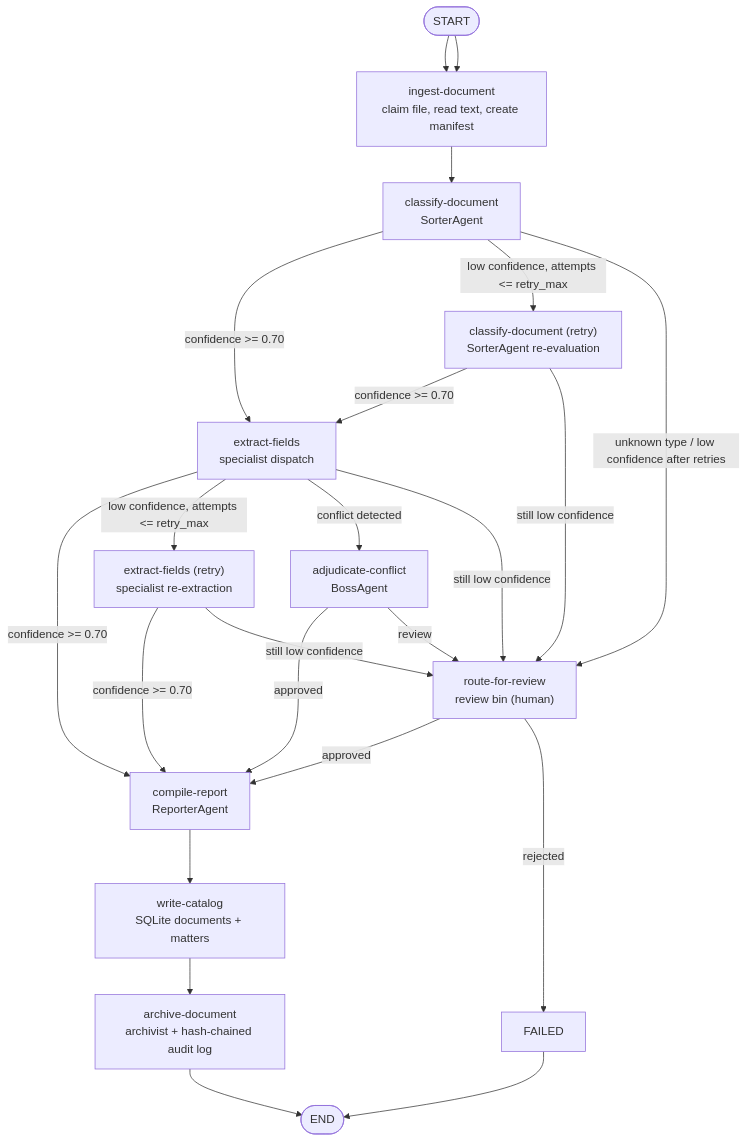
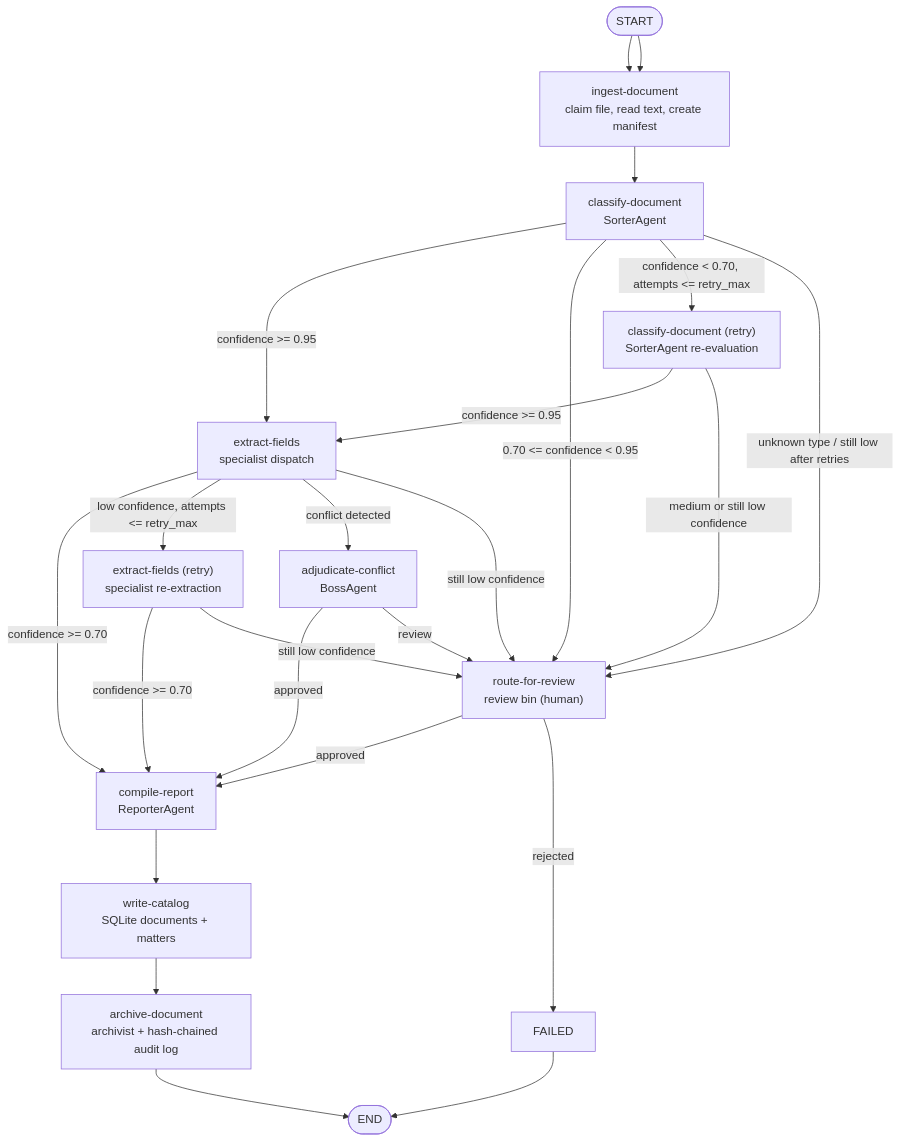
Before and after one commit to Exios66/llm-mailroom: the first of 2 diagrams in README.md, drawn with Mermaid. The commit also changed other lines of this file and 22 other files, not shown here.

First line of the commit message:
Route medium-confidence classifications to review

````diff
--- a/README.md
+++ b/README.md
@@ -53,40 +53,41 @@
 ```mermaid
 flowchart TD
     START([START]) --> INGEST
 
     INGEST["ingest-document<br/>claim file, read text, create manifest"]
     CLASSIFY["classify-document<br/>SorterAgent"]
     RETRY_CLASS["classify-document (retry)<br/>SorterAgent re-evaluation"]
     EXTRACT["extract-fields<br/>specialist dispatch"]
     RETRY_EXTRACT["extract-fields (retry)<br/>specialist re-extraction"]
     BOSS["adjudicate-conflict<br/>BossAgent"]
     REVIEW["route-for-review<br/>review bin (human)"]
     REPORT["compile-report<br/>ReporterAgent"]
     CATALOG["write-catalog<br/>SQLite documents + matters"]
     ARCHIVE["archive-document<br/>archivist + hash-chained audit log"]
     FAILED["FAILED"]
     ENDX([END])
 
     START --> INGEST
     INGEST --> CLASSIFY
 
-    CLASSIFY -- "confidence >= 0.70" --> EXTRACT
-    CLASSIFY -- "low confidence, attempts <= retry_max" --> RETRY_CLASS
-    CLASSIFY -- "unknown type / low confidence after retries" --> REVIEW
-    RETRY_CLASS -- "confidence >= 0.70" --> EXTRACT
-    RETRY_CLASS -- "still low confidence" --> REVIEW
+    CLASSIFY -- "confidence >= 0.95" --> EXTRACT
+    CLASSIFY -- "0.70 <= confidence < 0.95" --> REVIEW
+    CLASSIFY -- "confidence < 0.70, attempts <= retry_max" --> RETRY_CLASS
+    CLASSIFY -- "unknown type / still low after retries" --> REVIEW
+    RETRY_CLASS -- "confidence >= 0.95" --> EXTRACT
+    RETRY_CLASS -- "medium or still low confidence" --> REVIEW
 
     EXTRACT -- "confidence >= 0.70" --> REPORT
     EXTRACT -- "low confidence, attempts <= retry_max" --> RETRY_EXTRACT
     EXTRACT -- "conflict detected" --> BOSS
     EXTRACT -- "still low confidence" --> REVIEW
     RETRY_EXTRACT -- "confidence >= 0.70" --> REPORT
     RETRY_EXTRACT -- "still low confidence" --> REVIEW
 
     BOSS -- "approved" --> REPORT
     BOSS -- "review" --> REVIEW
     REVIEW -- "approved" --> REPORT
     REVIEW -- "rejected" --> FAILED --> ENDX
 
     REPORT --> CATALOG --> ARCHIVE --> ENDX
 ```
````
